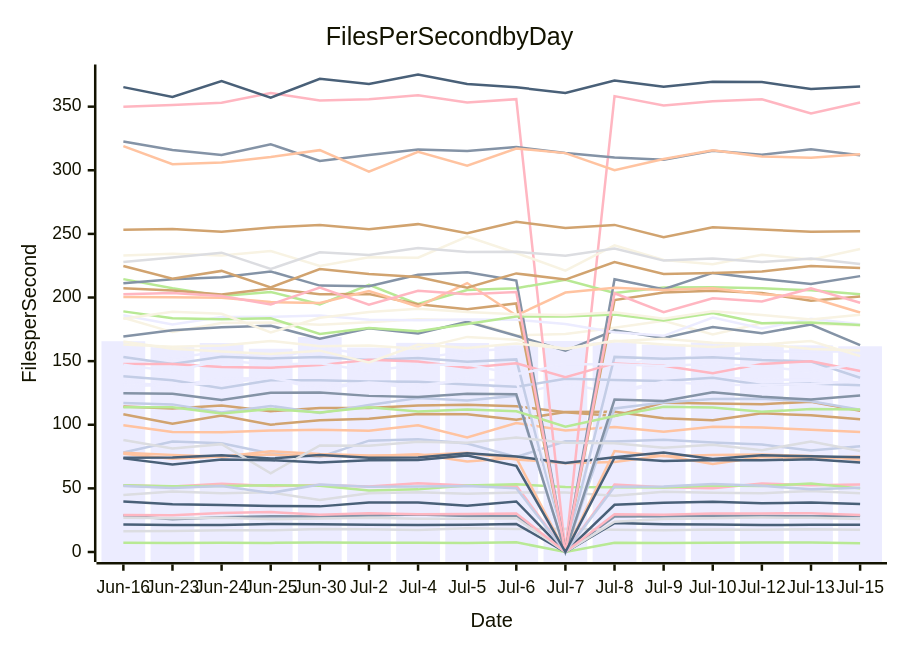
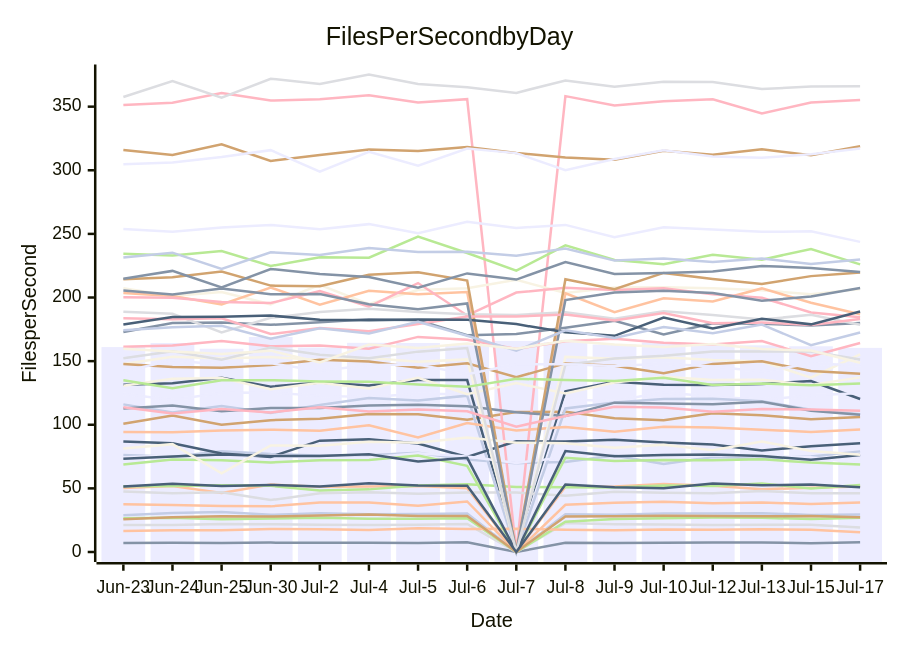
The diagram in perf-report.md (streetsidesoftware/cspell), drawn with Mermaid before and after one commit. The commit also changed other lines of this file and 1 other file, not shown here.

````diff
--- a/perf-report.md
+++ b/perf-report.md
@@ -10,57 +10,57 @@
 ```mermaid
 xychart-beta
     title Files Per Second by Day
     y-axis Files per Second
-    x-axis Date [Jun-16, Jun-23, Jun-24, Jun-25, Jun-30, Jul-2, Jul-4, Jul-5, Jul-6, Jul-7, Jul-8, Jul-9, Jul-10, Jul-12, Jul-13, Jul-15]
-    bar [165.65, 161.06, 164.28, 159.75, 168.95, 160.66, 164.38, 164.27, 162.48, 165.90, 164.83, 163.05, 164.68, 163.19, 162.43, 161.66]
-    line [28.76, 25.82, 27.29, 28.03, 27.82, 28.74, 29.48, 28.36, 28.34, 0.00, 27.98, 28.10, 28.43, 28.38, 28.02, 28.20]
-    line [99.63, 94.35, 94.02, 95.44, 96.15, 95.34, 99.55, 90.07, 101.41, 95.54, 98.21, 94.52, 98.50, 97.78, 96.17, 94.33]
-    line [16.25, 16.59, 17.11, 17.00, 18.16, 17.94, 17.30, 18.64, 18.07, 18.36, 17.45, 17.16, 17.77, 17.48, 17.96, 17.52]
-    line [7.28, 7.12, 7.22, 7.17, 7.37, 7.23, 7.36, 6.99, 7.61, 0.00, 7.24, 7.01, 7.27, 7.49, 7.49, 6.93]
-    line [114.38, 112.71, 115.12, 110.67, 113.20, 113.18, 115.07, 115.63, 114.45, 109.79, 106.87, 117.37, 116.66, 116.21, 118.14, 111.02]
-    line [78.16, 86.88, 85.49, 77.34, 74.76, 87.51, 88.59, 85.26, 74.62, 86.95, 86.80, 88.24, 86.00, 84.39, 79.74, 83.17]
-    line [52.41, 51.44, 53.68, 51.84, 52.69, 51.50, 53.98, 52.25, 52.09, 0.00, 53.03, 50.88, 50.01, 53.83, 52.41, 53.08]
-    line [21.66, 21.30, 21.15, 22.00, 21.90, 21.51, 21.13, 21.43, 22.00, 0.00, 22.72, 21.87, 21.57, 21.20, 21.36, 21.51]
-    line [184.11, 172.84, 180.05, 180.38, 178.52, 180.47, 182.90, 182.10, 170.31, 171.39, 176.15, 181.65, 170.98, 179.72, 179.37, 178.07]
-    line [133.18, 130.59, 136.24, 136.67, 127.99, 132.91, 128.52, 136.97, 123.97, 132.77, 124.67, 133.15, 137.66, 135.26, 135.39, 131.25]
-    line [169.42, 174.24, 176.57, 177.80, 167.68, 175.75, 171.75, 180.95, 169.97, 158.13, 174.21, 168.28, 176.77, 172.02, 178.72, 162.59]
-    line [78.06, 76.22, 74.88, 79.14, 76.99, 75.88, 76.09, 78.08, 72.78, 69.82, 70.79, 75.77, 69.10, 74.66, 73.66, 75.08]
-    line [44.72, 47.61, 46.18, 46.86, 40.79, 46.17, 47.03, 45.86, 46.70, 46.74, 44.23, 47.36, 46.58, 46.27, 47.99, 46.18]
-    line [52.39, 51.73, 51.82, 52.39, 52.00, 48.43, 49.22, 52.34, 53.26, 51.10, 50.86, 50.66, 52.36, 51.79, 53.82, 50.00]
-    line [108.33, 100.84, 107.27, 100.09, 103.62, 104.63, 108.43, 108.27, 103.96, 110.08, 110.20, 105.06, 103.60, 109.02, 107.38, 104.33]
-    line [117.01, 116.01, 109.65, 114.81, 109.29, 115.47, 121.09, 119.06, 122.86, 0.00, 112.77, 117.49, 120.30, 120.41, 118.48, 111.84]
-    line [349.94, 351.35, 353.13, 360.69, 354.83, 355.80, 359.03, 353.22, 355.88, 0.00, 358.26, 350.93, 354.34, 355.82, 344.62, 353.27]
-    line [39.70, 37.48, 36.99, 36.10, 35.86, 38.94, 38.99, 36.38, 39.71, 0.00, 37.09, 38.73, 39.43, 38.35, 38.90, 37.77]
-    line [232.93, 234.34, 233.01, 236.58, 224.78, 231.59, 231.28, 247.94, 235.03, 221.17, 240.95, 229.51, 226.18, 233.66, 229.73, 238.10]
-    line [147.63, 152.29, 157.67, 151.07, 160.69, 154.94, 152.23, 157.47, 160.32, 0.00, 147.14, 152.12, 154.25, 157.55, 157.57, 157.54]
-    line [322.64, 316.02, 312.10, 320.45, 307.34, 312.08, 316.35, 315.20, 318.22, 313.66, 310.11, 308.24, 315.35, 312.26, 316.54, 311.74]
-    line [77.16, 73.34, 75.14, 76.59, 75.51, 75.45, 76.79, 71.21, 73.99, 0.00, 79.33, 75.23, 76.27, 76.63, 75.41, 72.48]
-    line [26.84, 26.60, 26.95, 25.71, 26.35, 26.84, 26.11, 26.06, 26.52, 0.00, 23.76, 25.86, 26.61, 27.13, 26.83, 25.90]
-    line [214.45, 207.28, 201.26, 204.34, 194.65, 210.00, 194.85, 205.89, 207.36, 213.92, 203.52, 207.94, 208.03, 207.20, 205.62, 202.63]
-    line [207.22, 205.60, 202.43, 207.02, 202.54, 202.72, 194.67, 190.86, 195.33, 0.00, 197.97, 203.94, 205.22, 203.61, 197.40, 200.74]
-    line [138.18, 135.01, 128.78, 135.00, 135.05, 134.05, 133.73, 131.56, 129.78, 136.12, 135.18, 134.44, 136.88, 131.27, 132.43, 131.04]
-    line [29.07, 28.80, 30.64, 31.41, 29.25, 30.37, 29.62, 29.89, 30.35, 0.00, 29.68, 29.34, 30.24, 30.35, 30.53, 29.15]
-    line [74.00, 74.26, 76.13, 73.45, 76.23, 74.07, 74.35, 77.62, 75.07, 70.03, 74.46, 78.13, 73.01, 75.98, 75.26, 74.39]
-    line [163.15, 161.29, 162.24, 165.87, 161.72, 162.26, 159.82, 169.05, 166.75, 159.60, 165.64, 167.61, 164.48, 163.07, 165.84, 153.93]
-    line [186.02, 178.80, 184.67, 184.84, 185.79, 182.56, 182.17, 182.82, 182.50, 179.12, 172.62, 169.88, 184.28, 175.71, 183.39, 178.90]
-    line [211.27, 214.37, 216.02, 220.47, 209.37, 208.94, 217.94, 219.88, 213.33, 0.00, 214.36, 206.61, 219.33, 214.62, 210.58, 216.81]
-    line [200.33, 200.19, 199.73, 196.39, 195.67, 205.11, 192.90, 211.35, 185.93, 203.88, 207.58, 205.87, 207.35, 202.66, 199.84, 188.27]
-    line [227.87, 231.36, 235.26, 222.40, 235.59, 233.45, 238.97, 235.75, 235.89, 232.86, 238.48, 229.00, 230.57, 227.85, 230.59, 226.26]
-    line [189.10, 183.71, 182.95, 183.62, 171.28, 176.05, 173.54, 179.14, 185.15, 184.99, 186.71, 181.92, 187.82, 179.82, 180.43, 178.37]
-    line [224.77, 214.79, 220.92, 207.92, 222.39, 218.49, 216.06, 207.77, 218.95, 214.11, 227.80, 218.56, 219.23, 220.42, 224.78, 223.29]
-    line [153.33, 147.83, 153.51, 152.15, 153.26, 150.82, 152.56, 149.61, 151.37, 0.00, 153.34, 151.79, 153.10, 150.91, 149.71, 136.98]
-    line [147.76, 147.78, 145.47, 144.87, 146.87, 151.06, 149.73, 144.88, 148.36, 137.35, 148.23, 146.43, 140.41, 147.84, 149.86, 142.29]
-    line [365.35, 357.60, 370.08, 357.07, 371.96, 367.90, 375.27, 367.85, 365.20, 360.83, 370.59, 365.59, 369.56, 369.35, 363.79, 365.85]
-    line [183.39, 188.80, 187.17, 172.53, 184.06, 188.67, 191.18, 188.53, 186.82, 186.30, 188.38, 183.25, 189.14, 186.31, 182.67, 186.39]
-    line [130.35, 131.39, 132.60, 136.92, 129.95, 133.16, 130.87, 135.23, 135.13, 0.00, 126.22, 133.87, 131.35, 131.34, 131.95, 134.40]
-    line [124.68, 124.29, 119.55, 125.16, 125.39, 122.70, 121.73, 124.30, 123.97, 0.00, 119.80, 118.70, 125.49, 121.97, 119.76, 122.93]
-    line [318.97, 304.83, 306.07, 310.41, 315.81, 298.93, 314.56, 303.69, 317.11, 313.48, 300.01, 308.91, 315.76, 310.85, 309.84, 312.53]
-    line [88.08, 81.29, 84.76, 61.88, 83.73, 83.48, 86.69, 85.83, 89.91, 85.92, 85.41, 81.93, 84.31, 79.99, 86.85, 79.35]
-    line [113.74, 113.71, 108.86, 112.34, 109.73, 113.68, 110.37, 111.97, 110.64, 98.54, 106.95, 114.12, 113.53, 110.15, 112.38, 111.90]
-    line [253.26, 253.77, 251.67, 255.05, 257.07, 253.64, 257.67, 250.47, 259.54, 254.67, 257.07, 247.35, 255.25, 253.55, 251.59, 252.00]
-    line [51.85, 50.23, 51.87, 46.40, 53.06, 51.19, 51.40, 51.86, 50.10, 0.00, 51.21, 51.39, 53.37, 51.98, 49.24, 50.53]
-    line [202.60, 203.46, 201.26, 194.60, 207.89, 194.40, 205.29, 202.49, 204.26, 0.00, 203.31, 188.55, 199.47, 196.87, 207.15, 195.83]
-    line [73.58, 68.82, 72.77, 72.13, 70.38, 72.17, 72.40, 75.76, 67.72, 0.00, 74.05, 71.58, 72.37, 72.08, 72.80, 70.30]
-    line [165.48, 159.81, 157.56, 155.70, 158.25, 148.90, 163.02, 160.27, 163.84, 159.78, 166.09, 162.99, 161.12, 163.50, 159.47, 158.31]
-    line [147.23, 141.81, 150.65, 147.20, 148.34, 142.33, 146.88, 147.38, 139.67, 147.57, 147.61, 146.15, 148.02, 145.81, 141.78, 148.18]
+    x-axis Date [Jun-23, Jun-24, Jun-25, Jun-30, Jul-2, Jul-4, Jul-5, Jul-6, Jul-7, Jul-8, Jul-9, Jul-10, Jul-12, Jul-13, Jul-15, Jul-17]
+    bar [161.06, 164.28, 159.75, 168.95, 160.66, 164.38, 164.27, 162.48, 165.90, 164.83, 163.05, 164.68, 163.19, 162.43, 161.66, 160.43]
+    line [7.12, 7.22, 7.17, 7.37, 7.23, 7.36, 6.99, 7.61, 0.00, 7.24, 7.01, 7.27, 7.49, 7.49, 6.93, 7.64]
+    line [50.23, 51.87, 46.40, 53.06, 51.19, 51.40, 51.86, 50.10, 0.00, 51.21, 51.39, 53.37, 51.98, 49.24, 50.53, 51.56]
+    line [21.30, 21.15, 22.00, 21.90, 21.51, 21.13, 21.43, 22.00, 0.00, 22.72, 21.87, 21.57, 21.20, 21.36, 21.51, 19.34]
+    line [51.73, 51.82, 52.39, 52.00, 48.43, 49.22, 52.34, 53.26, 51.10, 50.86, 50.66, 52.36, 51.79, 53.82, 50.00, 52.60]
+    line [100.84, 107.27, 100.09, 103.62, 104.63, 108.43, 108.27, 103.96, 110.08, 110.20, 105.06, 103.60, 109.02, 107.38, 104.33, 106.11]
+    line [76.22, 74.88, 79.14, 76.99, 75.88, 76.09, 78.08, 72.78, 69.82, 70.79, 75.77, 69.10, 74.66, 73.66, 75.08, 79.08]
+    line [351.35, 353.13, 360.69, 354.83, 355.80, 359.03, 353.22, 355.88, 0.00, 358.26, 350.93, 354.34, 355.82, 344.62, 353.27, 355.21]
+    line [131.39, 132.60, 136.92, 129.95, 133.16, 130.87, 135.23, 135.13, 0.00, 126.22, 133.87, 131.35, 131.34, 131.95, 134.40, 120.26]
+    line [207.28, 201.26, 204.34, 194.65, 210.00, 194.85, 205.89, 207.36, 213.92, 203.52, 207.94, 208.03, 207.20, 205.62, 202.63, 206.72]
+    line [124.29, 119.55, 125.16, 125.39, 122.70, 121.73, 124.30, 123.97, 0.00, 119.80, 118.70, 125.49, 121.97, 119.76, 122.93, 124.96]
+    line [172.84, 180.05, 180.38, 178.52, 180.47, 182.90, 182.10, 170.31, 171.39, 176.15, 181.65, 170.98, 179.72, 179.37, 178.07, 179.91]
+    line [203.46, 201.26, 194.60, 207.89, 194.40, 205.29, 202.49, 204.26, 0.00, 203.31, 188.55, 199.47, 196.87, 207.15, 195.83, 186.88]
+    line [47.61, 46.18, 46.86, 40.79, 46.17, 47.03, 45.86, 46.70, 46.74, 44.23, 47.36, 46.58, 46.27, 47.99, 46.18, 46.11]
+    line [26.60, 26.95, 25.71, 26.35, 26.84, 26.11, 26.06, 26.52, 0.00, 23.76, 25.86, 26.61, 27.13, 26.83, 25.90, 26.96]
+    line [316.02, 312.10, 320.45, 307.34, 312.08, 316.35, 315.20, 318.22, 313.66, 310.11, 308.24, 315.35, 312.26, 316.54, 311.74, 318.83]
+    line [116.01, 109.65, 114.81, 109.29, 115.47, 121.09, 119.06, 122.86, 0.00, 112.77, 117.49, 120.30, 120.41, 118.48, 111.84, 108.27]
+    line [200.19, 199.73, 196.39, 195.67, 205.11, 192.90, 211.35, 185.93, 203.88, 207.58, 205.87, 207.35, 202.66, 199.84, 188.27, 184.46]
+    line [86.88, 85.49, 77.34, 74.76, 87.51, 88.59, 85.26, 74.62, 86.95, 86.80, 88.24, 86.00, 84.39, 79.74, 83.17, 85.46]
+    line [130.59, 136.24, 136.67, 127.99, 132.91, 128.52, 136.97, 123.97, 132.77, 124.67, 133.15, 137.66, 135.26, 135.39, 131.25, 137.24]
+    line [74.26, 76.13, 73.45, 76.23, 74.07, 74.35, 77.62, 75.07, 70.03, 74.46, 78.13, 73.01, 75.98, 75.26, 74.39, 69.83]
+    line [112.71, 115.12, 110.67, 113.20, 113.18, 115.07, 115.63, 114.45, 109.79, 106.87, 117.37, 116.66, 116.21, 118.14, 111.02, 107.79]
+    line [94.35, 94.02, 95.44, 96.15, 95.34, 99.55, 90.07, 101.41, 95.54, 98.21, 94.52, 98.50, 97.78, 96.17, 94.33, 96.29]
+    line [188.80, 187.17, 172.53, 184.06, 188.67, 191.18, 188.53, 186.82, 186.30, 188.38, 183.25, 189.14, 186.31, 182.67, 186.39, 178.55]
+    line [234.34, 233.01, 236.58, 224.78, 231.59, 231.28, 247.94, 235.03, 221.17, 240.95, 229.51, 226.18, 233.66, 229.73, 238.10, 226.04]
+    line [214.37, 216.02, 220.47, 209.37, 208.94, 217.94, 219.88, 213.33, 0.00, 214.36, 206.61, 219.33, 214.62, 210.58, 216.81, 219.61]
+    line [28.80, 30.64, 31.41, 29.25, 30.37, 29.62, 29.89, 30.35, 0.00, 29.68, 29.34, 30.24, 30.35, 30.53, 29.15, 29.44]
+    line [183.71, 182.95, 183.62, 171.28, 176.05, 173.54, 179.14, 185.15, 184.99, 186.71, 181.92, 187.82, 179.82, 180.43, 178.37, 183.15]
+    line [178.80, 184.67, 184.84, 185.79, 182.56, 182.17, 182.82, 182.50, 179.12, 172.62, 169.88, 184.28, 175.71, 183.39, 178.90, 189.05]
+    line [147.83, 153.51, 152.15, 153.26, 150.82, 152.56, 149.61, 151.37, 0.00, 153.34, 151.79, 153.10, 150.91, 149.71, 136.98, 155.24]
+    line [304.83, 306.07, 310.41, 315.81, 298.93, 314.56, 303.69, 317.11, 313.48, 300.01, 308.91, 315.76, 310.85, 309.84, 312.53, 317.13]
+    line [214.79, 220.92, 207.92, 222.39, 218.49, 216.06, 207.77, 218.95, 214.11, 227.80, 218.56, 219.23, 220.42, 224.78, 223.29, 220.10]
+    line [16.59, 17.11, 17.00, 18.16, 17.94, 17.30, 18.64, 18.07, 18.36, 17.45, 17.16, 17.77, 17.48, 17.96, 17.52, 15.56]
+    line [357.60, 370.08, 357.07, 371.96, 367.90, 375.27, 367.85, 365.20, 360.83, 370.59, 365.59, 369.56, 369.35, 363.79, 365.85, 365.99]
+    line [68.82, 72.77, 72.13, 70.38, 72.17, 72.40, 75.76, 67.72, 0.00, 74.05, 71.58, 72.37, 72.08, 72.80, 70.30, 68.79]
+    line [147.78, 145.47, 144.87, 146.87, 151.06, 149.73, 144.88, 148.36, 137.35, 148.23, 146.43, 140.41, 147.84, 149.86, 142.29, 140.07]
+    line [231.36, 235.26, 222.40, 235.59, 233.45, 238.97, 235.75, 235.89, 232.86, 238.48, 229.00, 230.57, 227.85, 230.59, 226.26, 229.89]
+    line [161.29, 162.24, 165.87, 161.72, 162.26, 159.82, 169.05, 166.75, 159.60, 165.64, 167.61, 164.48, 163.07, 165.84, 153.93, 164.22]
+    line [73.34, 75.14, 76.59, 75.51, 75.45, 76.79, 71.21, 73.99, 0.00, 79.33, 75.23, 76.27, 76.63, 75.41, 72.48, 76.30]
+    line [81.29, 84.76, 61.88, 83.73, 83.48, 86.69, 85.83, 89.91, 85.92, 85.41, 81.93, 84.31, 79.99, 86.85, 79.35, 76.46]
+    line [253.77, 251.67, 255.05, 257.07, 253.64, 257.67, 250.47, 259.54, 254.67, 257.07, 247.35, 255.25, 253.55, 251.59, 252.00, 243.74]
+    line [205.60, 202.43, 207.02, 202.54, 202.72, 194.67, 190.86, 195.33, 0.00, 197.97, 203.94, 205.22, 203.61, 197.40, 200.74, 207.51]
+    line [37.48, 36.99, 36.10, 35.86, 38.94, 38.99, 36.38, 39.71, 0.00, 37.09, 38.73, 39.43, 38.35, 38.90, 37.77, 38.98]
+    line [152.29, 157.67, 151.07, 160.69, 154.94, 152.23, 157.47, 160.32, 0.00, 147.14, 152.12, 154.25, 157.55, 157.57, 157.54, 151.37]
+    line [135.01, 128.78, 135.00, 135.05, 134.05, 133.73, 131.56, 129.78, 136.12, 135.18, 134.44, 136.88, 131.27, 132.43, 131.04, 132.39]
+    line [25.82, 27.29, 28.03, 27.82, 28.74, 29.48, 28.36, 28.34, 0.00, 27.98, 28.10, 28.43, 28.38, 28.02, 28.20, 27.29]
+    line [174.24, 176.57, 177.80, 167.68, 175.75, 171.75, 180.95, 169.97, 158.13, 174.21, 168.28, 176.77, 172.02, 178.72, 162.59, 172.50]
+    line [113.71, 108.86, 112.34, 109.73, 113.68, 110.37, 111.97, 110.64, 98.54, 106.95, 114.12, 113.53, 110.15, 112.38, 111.90, 110.97]
+    line [51.44, 53.68, 51.84, 52.69, 51.50, 53.98, 52.25, 52.09, 0.00, 53.03, 50.88, 50.01, 53.83, 52.41, 53.08, 50.80]
+    line [159.81, 157.56, 155.70, 158.25, 148.90, 163.02, 160.27, 163.84, 159.78, 166.09, 162.99, 161.12, 163.50, 159.47, 158.31, 148.77]
+    line [141.81, 150.65, 147.20, 148.34, 142.33, 146.88, 147.38, 139.67, 147.57, 147.61, 146.15, 148.02, 145.81, 141.78, 148.18, 146.74]
 ```
````
